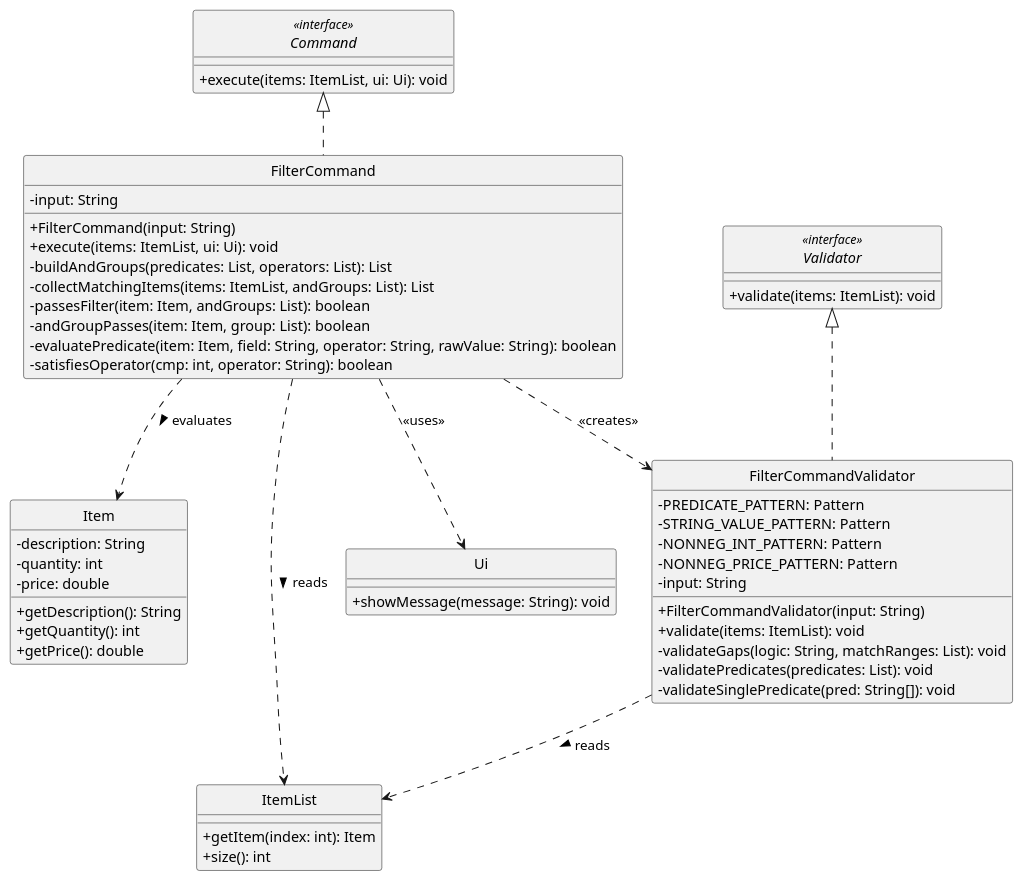
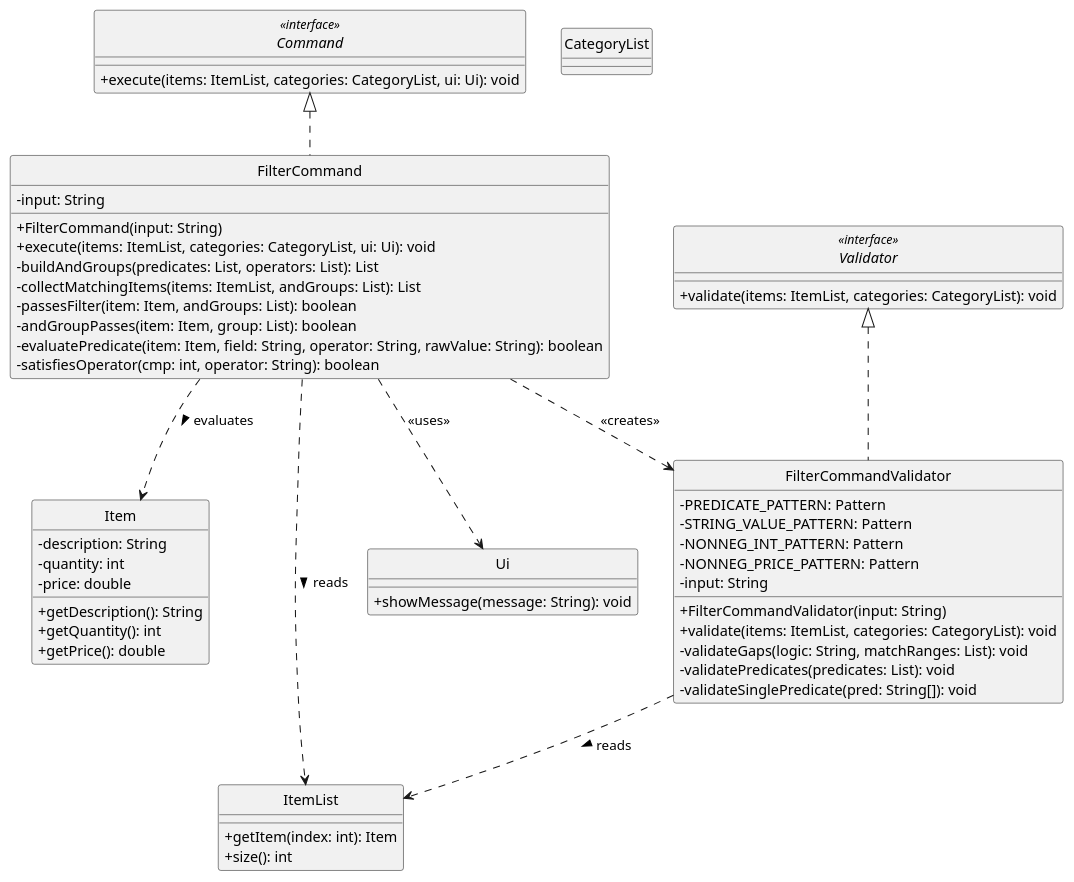
Before and after one commit to adbsw/tp: the diagram in docs/diagrams/FilterCommandClassDiagram.puml, drawn with PlantUML. The commit also changed 7 other files, not shown here.

```diff
--- a/docs/diagrams/FilterCommandClassDiagram.puml
+++ b/docs/diagrams/FilterCommandClassDiagram.puml
@@ -1,67 +1,70 @@
 @startuml
 skinparam monochrome true
 skinparam shadowing false
 skinparam classAttributeIconSize 0
 hide circle
 
 interface Command <<interface>> {
-    + execute(items: ItemList, ui: Ui): void
+    + execute(items: ItemList, categories: CategoryList, ui: Ui): void
 }
 
 class FilterCommand {
     - input: String
     + FilterCommand(input: String)
-    + execute(items: ItemList, ui: Ui): void
+    + execute(items: ItemList, categories: CategoryList, ui: Ui): void
     - buildAndGroups(predicates: List, operators: List): List
     - collectMatchingItems(items: ItemList, andGroups: List): List
     - passesFilter(item: Item, andGroups: List): boolean
     - andGroupPasses(item: Item, group: List): boolean
     - evaluatePredicate(item: Item, field: String, operator: String, rawValue: String): boolean
     - satisfiesOperator(cmp: int, operator: String): boolean
 }
 
 interface Validator <<interface>> {
-    + validate(items: ItemList): void
+    + validate(items: ItemList, categories: CategoryList): void
 }
 
 class FilterCommandValidator {
     - PREDICATE_PATTERN: Pattern
     - STRING_VALUE_PATTERN: Pattern
     - NONNEG_INT_PATTERN: Pattern
     - NONNEG_PRICE_PATTERN: Pattern
     - input: String
     + FilterCommandValidator(input: String)
-    + validate(items: ItemList): void
+    + validate(items: ItemList, categories: CategoryList): void
     - validateGaps(logic: String, matchRanges: List): void
     - validatePredicates(predicates: List): void
     - validateSinglePredicate(pred: String[]): void
 }
 
 class Item {
     - description: String
     - quantity: int
     - price: double
     + getDescription(): String
     + getQuantity(): int
     + getPrice(): double
+}
+
+class CategoryList {
 }
 
 class ItemList {
     + getItem(index: int): Item
     + size(): int
 }
 
 class Ui {
     + showMessage(message: String): void
 }
 
 Command <|.. FilterCommand
 Validator <|.. FilterCommandValidator
 
 FilterCommand ..> FilterCommandValidator : <<creates>>
 FilterCommand ..> ItemList : reads >
 FilterCommand ..> Item : evaluates >
 FilterCommand ..> Ui : <<uses>>
 FilterCommandValidator ..> ItemList : reads >
 
 @enduml
```
